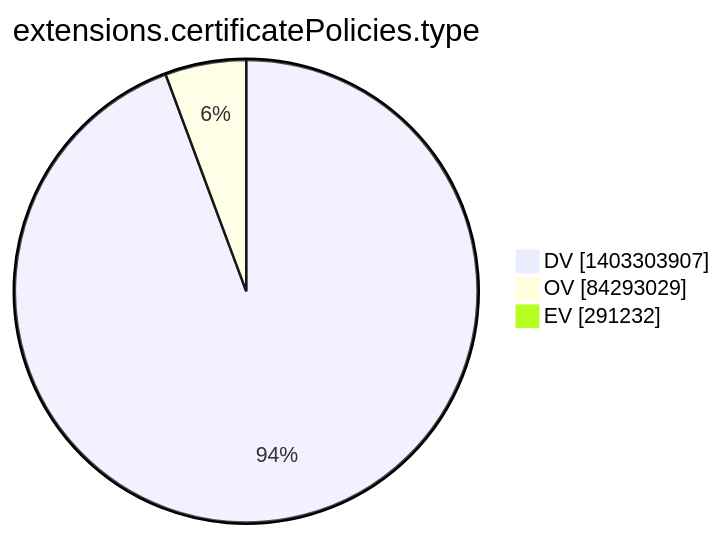
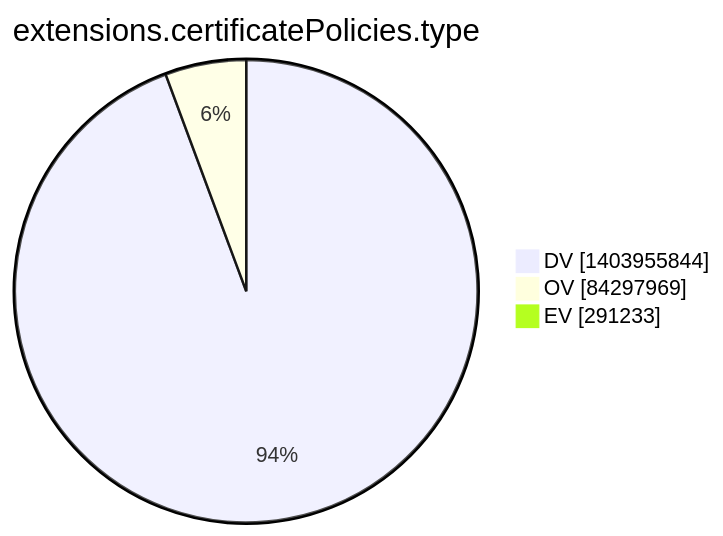
The tenth of 15 diagrams in argon2022/README.md (christiankrug/ctmonitor_visualization), drawn with Mermaid before and after one commit. The commit also changed other lines of this file, not shown here.

````diff
--- a/argon2022/README.md
+++ b/argon2022/README.md
@@ -2773,7 +2773,7 @@
 ```mermaid
 pie showData
 title extensions.certificatePolicies.type
-"DV" :1403303907
-"OV" :84293029
-"EV" :291232
+"DV" :1403955844
+"OV" :84297969
+"EV" :291233
 ```
````
